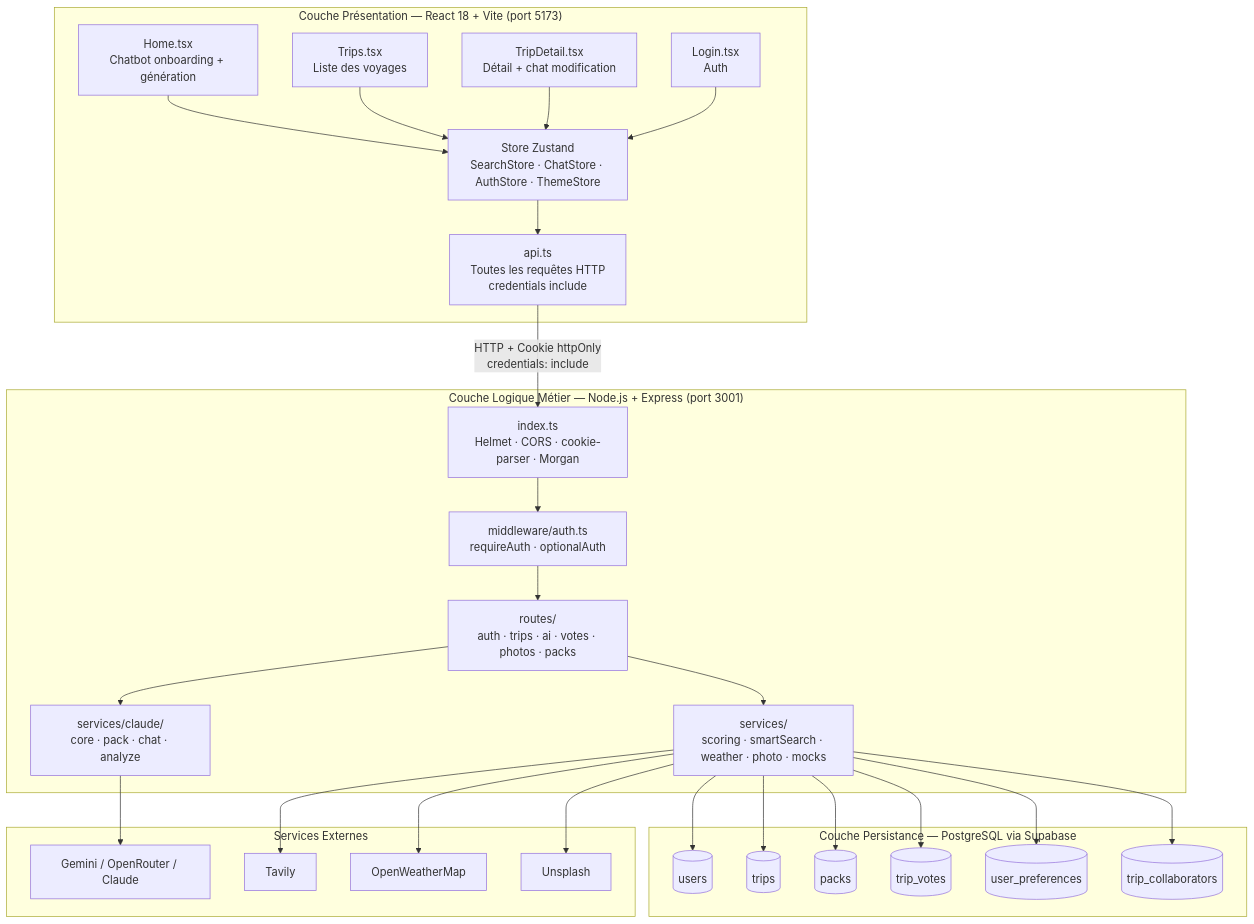
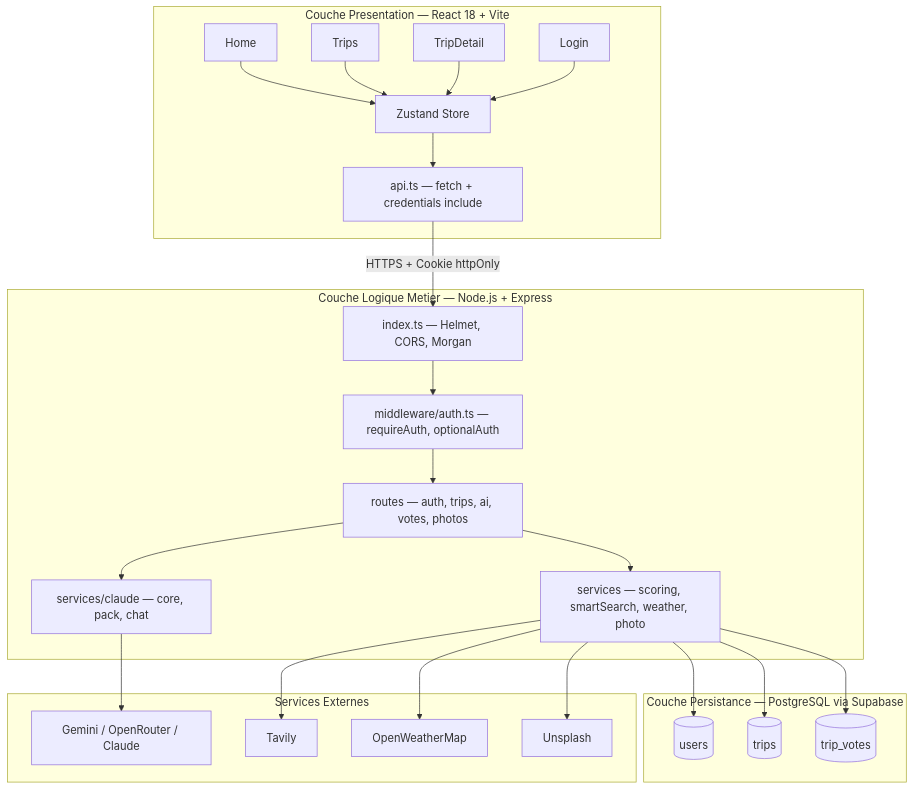
The fifth of 7 diagrams in docs/DIAGRAMS.md (loties1533/tripgenie), drawn with Mermaid before and after one commit. The commit also changed other lines of this file, not shown here.

Commit message:
MAJ diagram

````diff
--- a/docs/DIAGRAMS.md
+++ b/docs/DIAGRAMS.md
@@ -223,43 +174,39 @@
 ```mermaid
 graph TB
-    subgraph CLIENT["Couche Présentation — React 18 + Vite (port 5173)"]
-        P1[Home.tsx\nChatbot onboarding + génération]
-        P2[Trips.tsx\nListe des voyages]
-        P3[TripDetail.tsx\nDétail + chat modification]
-        P4[Login.tsx\nAuth]
-        ST[Store Zustand\nSearchStore · ChatStore · AuthStore · ThemeStore]
-        API[api.ts\nToutes les requêtes HTTP\ncredentials include]
-        P1 & P2 & P3 & P4 --> ST
-        ST --> API
+    subgraph CLIENT["Couche Presentation — React 18 + Vite"]
+        P1[Home]
+        P2[Trips]
+        P3[TripDetail]
+        P4[Login]
+        ST[Zustand Store]
+        API[api.ts — fetch + credentials include]
+        P1 & P2 & P3 & P4 --> ST --> API
     end
 
-    subgraph SERVER["Couche Logique Métier — Node.js + Express (port 3001)"]
-        IDX[index.ts\nHelmet · CORS · cookie-parser · Morgan]
-        MW[middleware/auth.ts\nrequireAuth · optionalAuth]
-        RT[routes/\nauth · trips · ai · votes · photos · packs]
-        SVC[services/\nscoring · smartSearch · weather · photo · mocks]
-        AI[services/claude/\ncore · pack · chat · analyze]
+    subgraph SERVER["Couche Logique Metier — Node.js + Express"]
+        IDX[index.ts — Helmet, CORS, Morgan]
+        MW[middleware/auth.ts — requireAuth, optionalAuth]
+        RT[routes — auth, trips, ai, votes, photos]
+        SVC[services — scoring, smartSearch, weather, photo]
+        AI[services/claude — core, pack, chat]
         IDX --> MW --> RT --> SVC & AI
     end
 
     subgraph DB["Couche Persistance — PostgreSQL via Supabase"]
         T1[(users)]
         T2[(trips)]
-        T3[(packs)]
-        T4[(trip_votes)]
-        T5[(user_preferences)]
-        T6[(trip_collaborators)]
+        T3[(trip_votes)]
     end
 
     subgraph EXT["Services Externes"]
         E1[Gemini / OpenRouter / Claude]
         E2[Tavily]
         E3[OpenWeatherMap]
         E4[Unsplash]
     end
 
-    API -- "HTTP + Cookie httpOnly\ncredentials: include" --> IDX
-    SVC --> T1 & T2 & T3 & T4 & T5 & T6
+    API -- "HTTPS + Cookie httpOnly" --> IDX
+    SVC --> T1 & T2 & T3
     AI --> E1
     SVC --> E2 & E3 & E4
 ```
````
